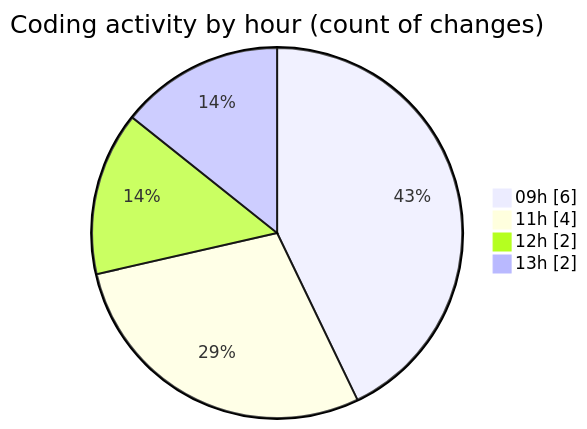
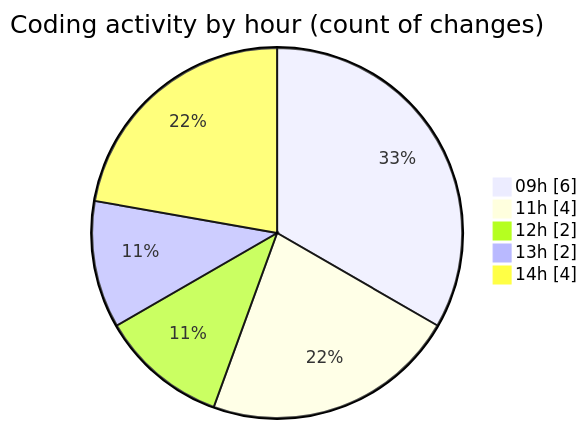
One commit to julien-gomy/code-tracking changed the second of 2 diagrams in 2025-11-04/eventscop-frontend-guide__workspace_/README.md. Above: the diagram before and after it, drawn with Mermaid. The commit also changed other lines of this file and 1 other file, not shown here.

````diff
--- a/2025-11-04/eventscop-frontend-guide__workspace_/README.md
+++ b/2025-11-04/eventscop-frontend-guide__workspace_/README.md
@@ -36,8 +36,9 @@
 ```mermaid
 pie showData
 title Coding activity by hour (count of changes)
 "09h" : 6
 "11h" : 4
 "12h" : 2
 "13h" : 2
+"14h" : 4
 ```
````
